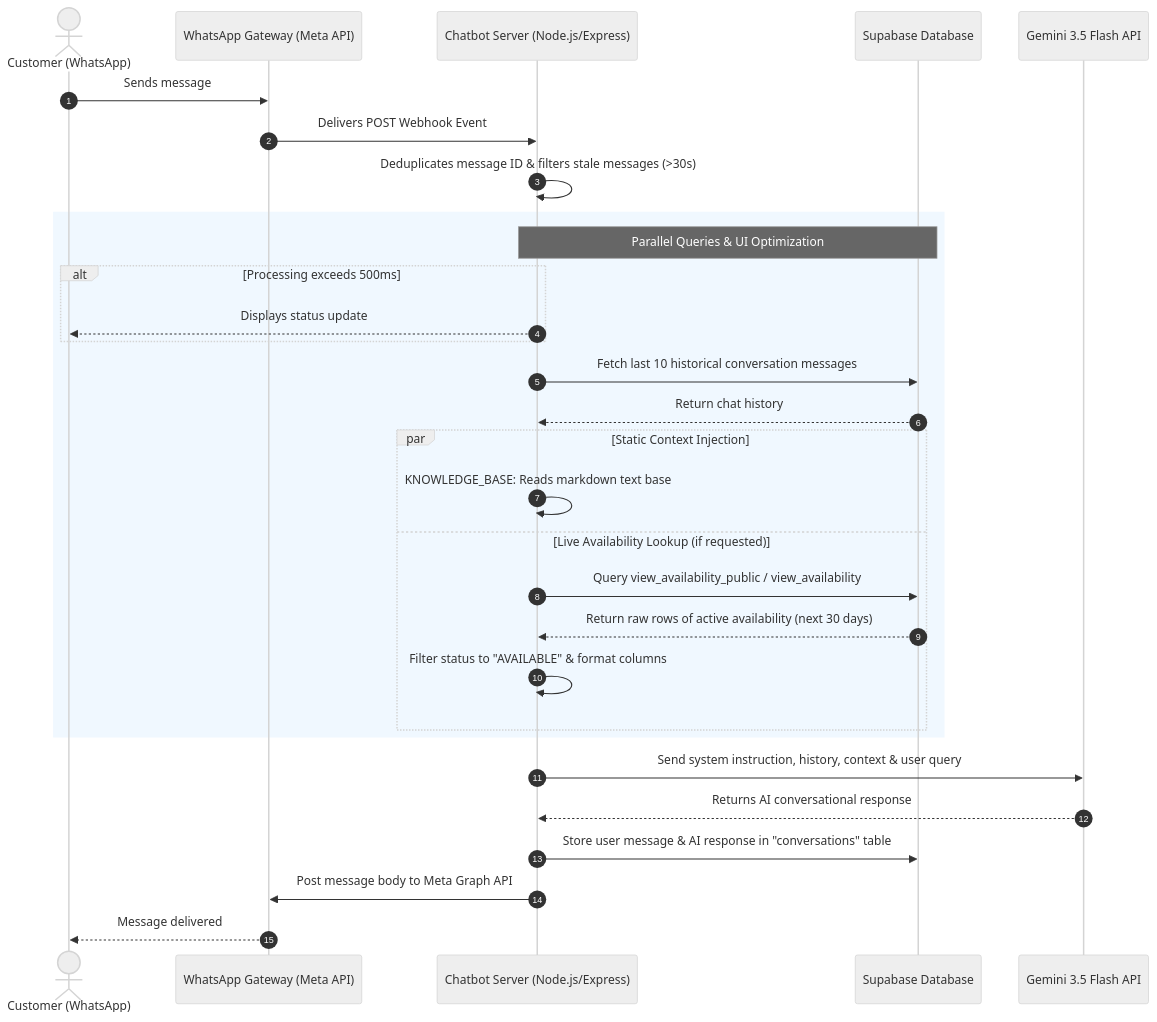
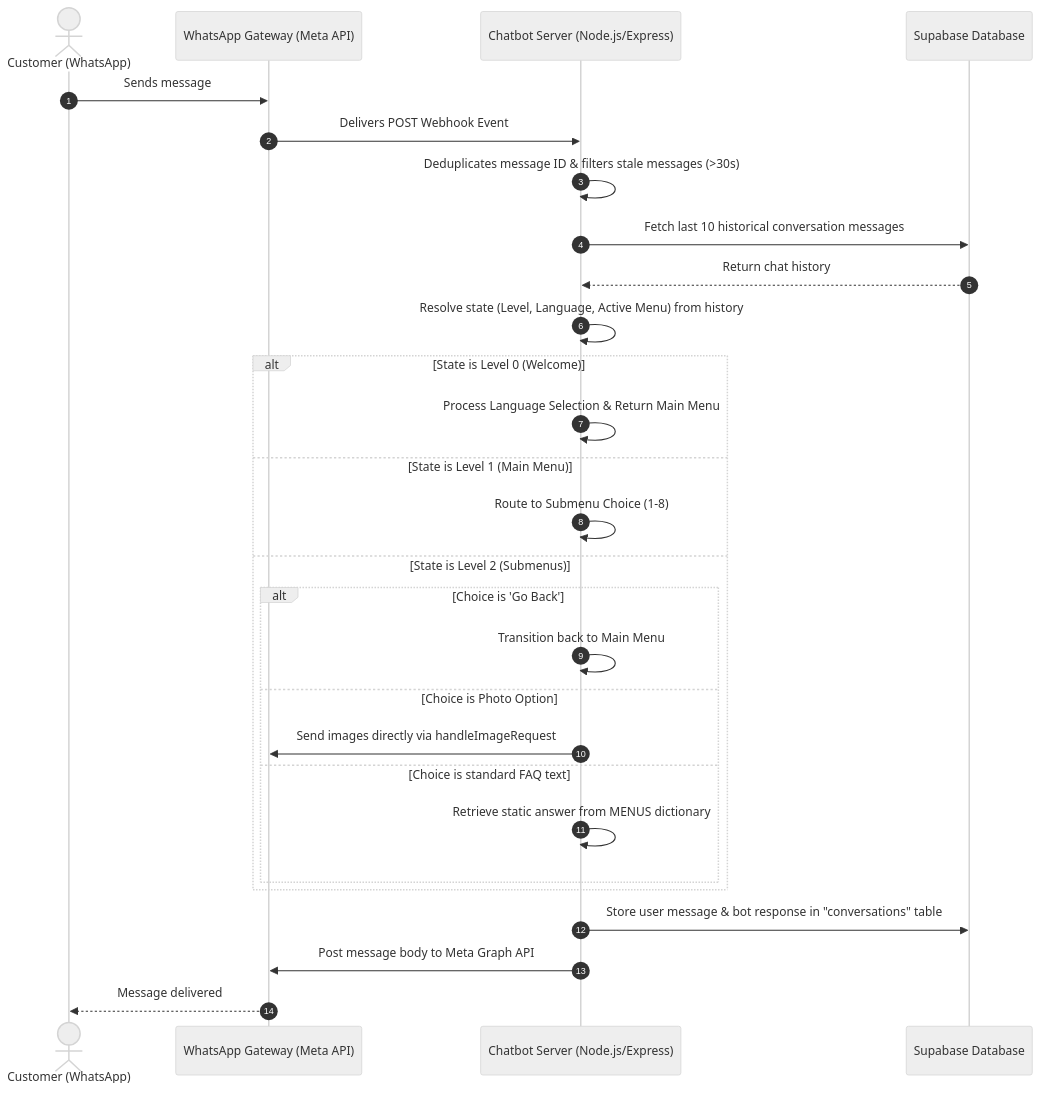
The diagram in README.md (lixinneo04/camp_mantap_chatbot), drawn with Mermaid (neutral theme) before and after one commit. The commit also changed other lines of this file and 1 other file, not shown here.

Commit message:
Change to FAQ style chatbot

````diff
--- a/README.md
+++ b/README.md
@@ -10,37 +10,35 @@
 ```mermaid
 sequenceDiagram
     autonumber
     actor Customer as Customer (WhatsApp)
     participant WA as WhatsApp Gateway (Meta API)
     participant Srv as Chatbot Server (Node.js/Express)
     participant DB as Supabase Database
-    participant AI as Gemini 3.5 Flash API
 
     Customer->>WA: Sends message
     WA->>Srv: Delivers POST Webhook Event
     Srv->>Srv: Deduplicates message ID & filters stale messages (>30s)
     
-    rect rgb(240, 248, 255)
-        Note over Srv, DB: Parallel Queries & UI Optimization
-        alt Processing exceeds 500ms
-            Srv-->>Customer: Displays status update
-        end
-        
-        Srv->>DB: Fetch last 10 historical conversation messages
-        DB-->>Srv: Return chat history
-        
-        par Static Context Injection
-            Srv->>Srv: KNOWLEDGE_BASE: Reads markdown text base
-        and Live Availability Lookup (if requested)
-            Srv->>DB: Query view_availability_public / view_availability
-            DB-->>Srv: Return raw rows of active availability (next 30 days)
-            Srv->>Srv: Filter status to "AVAILABLE" & format columns
+    Srv->>DB: Fetch last 10 historical conversation messages
+    DB-->>Srv: Return chat history
+    
+    Srv->>Srv: Resolve state (Level, Language, Active Menu) from history
+    
+    alt State is Level 0 (Welcome)
+        Srv->>Srv: Process Language Selection & Return Main Menu
+    else State is Level 1 (Main Menu)
+        Srv->>Srv: Route to Submenu Choice (1-8)
+    else State is Level 2 (Submenus)
+        alt Choice is 'Go Back'
+            Srv->>Srv: Transition back to Main Menu
+        else Choice is Photo Option
+            Srv->>WA: Send images directly via handleImageRequest
+        else Choice is standard FAQ text
+            Srv->>Srv: Retrieve static answer from MENUS dictionary
         end
     end
 
-    Srv->>AI: Send system instruction, history, context & user query
-    AI-->>Srv: Returns AI conversational response
-    Srv->>DB: Store user message & AI response in "conversations" table
+    Srv->>DB: Store user message & bot response in "conversations" table
     Srv->>WA: Post message body to Meta Graph API
     WA-->>Customer: Message delivered
 ```
````
